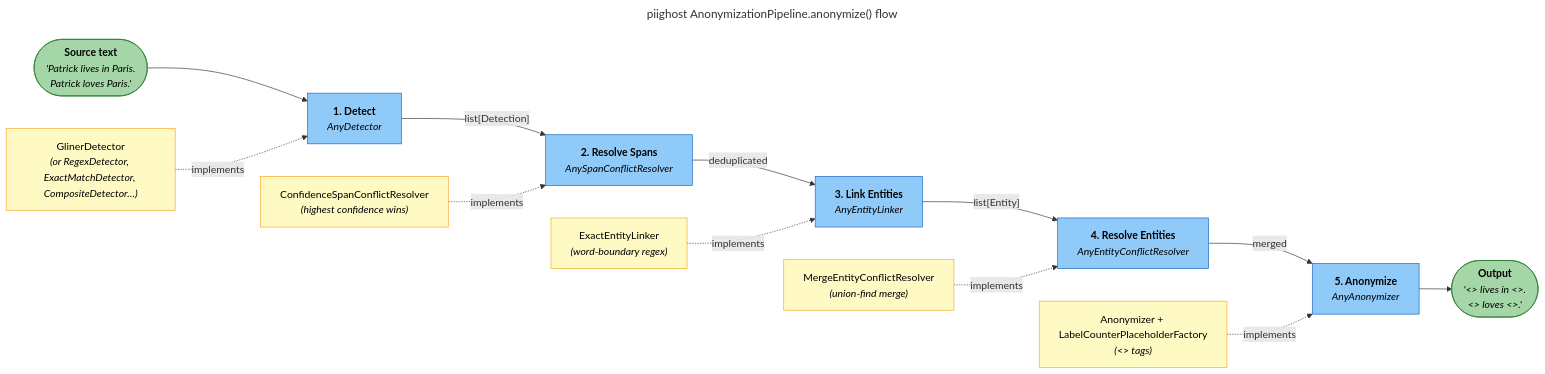
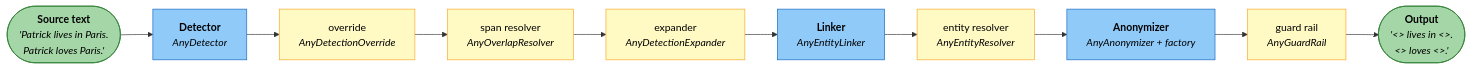
The second of 4 diagrams in docs/en/architecture.md (Athroniaeth/piighost), drawn with Mermaid before and after one commit. The commit also changed other lines of this file and 57 other files, not shown here.

````diff
--- a/docs/en/architecture.md
+++ b/docs/en/architecture.md
@@ -89,52 +121,33 @@
 ```mermaid
----
-title: "piighost AnonymizationPipeline.anonymize() flow"
----
 flowchart LR
-    classDef stage fill:#90CAF9,stroke:#1565C0,color:#000
-    classDef protocol fill:#FFF9C4,stroke:#F9A825,color:#000
+    classDef req fill:#90CAF9,stroke:#1565C0,color:#000
+    classDef opt fill:#FFF9C4,stroke:#F9A825,color:#000
     classDef data fill:#A5D6A7,stroke:#2E7D32,color:#000
 
-    INPUT(["`**Source text**
+    IN(["`**Source text**
     _'Patrick lives in Paris.
     Patrick loves Paris.'_`"]):::data
 
-    DETECT["`**1. Detect**
-    _AnyDetector_`"]:::stage
-    RESOLVE_SPANS["`**2. Resolve Spans**
-    _AnySpanConflictResolver_`"]:::stage
-    LINK["`**3. Link Entities**
-    _AnyEntityLinker_`"]:::stage
-    RESOLVE_ENTITIES["`**4. Resolve Entities**
-    _AnyEntityConflictResolver_`"]:::stage
-    ANONYMIZE["`**5. Anonymize**
-    _AnyAnonymizer_`"]:::stage
+    DET["`**Detector**
+    _AnyDetector_`"]:::req
+    OVR["`override
+    _AnyDetectionOverride_`"]:::opt
+    OVL["`span resolver
+    _AnyOverlapResolver_`"]:::opt
+    EXP["`expander
+    _AnyDetectionExpander_`"]:::opt
+    LINK["`**Linker**
+    _AnyEntityLinker_`"]:::req
+    ENT["`entity resolver
+    _AnyEntityResolver_`"]:::opt
+    ANON["`**Anonymizer**
+    _AnyAnonymizer + factory_`"]:::req
+    GUARD["`guard rail
+    _AnyGuardRail_`"]:::opt
 
-    OUTPUT(["`**Output**
+    OUT(["`**Output**
     _'<<PERSON:1>> lives in <<LOCATION:1>>.
     <<PERSON:1>> loves <<LOCATION:1>>.'_`"]):::data
 
-    INPUT --> DETECT
-    DETECT -- "list[Detection]" --> RESOLVE_SPANS
-    RESOLVE_SPANS -- "deduplicated" --> LINK
-    LINK -- "list[Entity]" --> RESOLVE_ENTITIES
-    RESOLVE_ENTITIES -- "merged" --> ANONYMIZE
-    ANONYMIZE --> OUTPUT
-
-    P_DETECT["`GlinerDetector
-    _(or RegexDetector, ExactMatchDetector, CompositeDetector…)_`"]:::protocol
-    P_RESOLVE_SPANS["`ConfidenceSpanConflictResolver
-    _(highest confidence wins)_`"]:::protocol
-    P_LINK["`ExactEntityLinker
-    _(word-boundary regex)_`"]:::protocol
-    P_RESOLVE_ENTITIES["`MergeEntityConflictResolver
-    _(union-find merge)_`"]:::protocol
-    P_ANONYMIZE["`Anonymizer + LabelCounterPlaceholderFactory
-    _(<<LABEL:N>> tags)_`"]:::protocol
-
-    P_DETECT -. "implements" .-> DETECT
-    P_RESOLVE_SPANS -. "implements" .-> RESOLVE_SPANS
-    P_LINK -. "implements" .-> LINK
-    P_RESOLVE_ENTITIES -. "implements" .-> RESOLVE_ENTITIES
-    P_ANONYMIZE -. "implements" .-> ANONYMIZE
+    IN --> DET --> OVR --> OVL --> EXP --> LINK --> ENT --> ANON --> GUARD --> OUT
 ```
````
